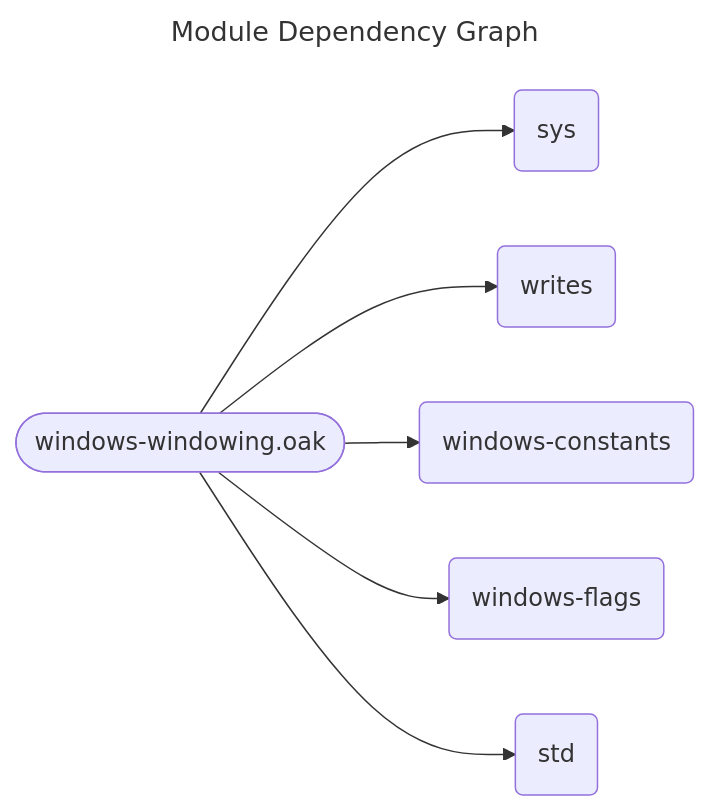
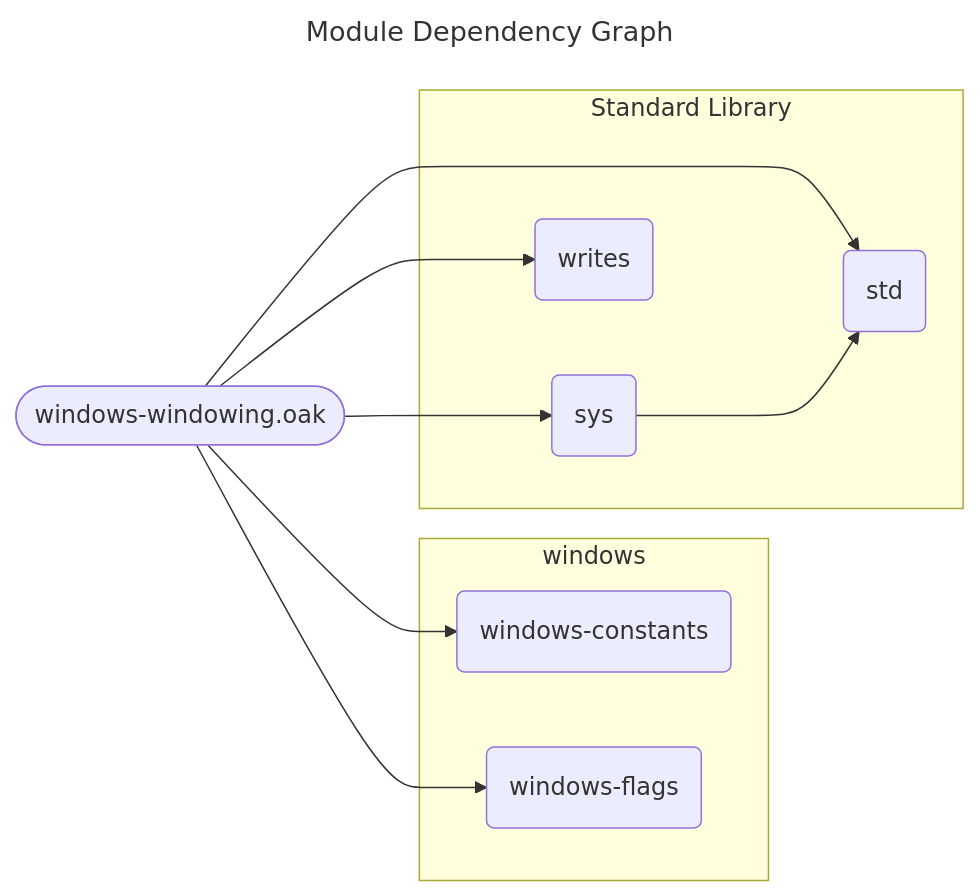
One commit to SpcFORK/magnolia changed the diagram in docs/spec/windows-windowing.mmd. Above: the diagram before and after it, drawn with Mermaid. The commit also changed 176 other files, not shown here.

First line of the commit message:
Enhance module dependency graphs and improve rendering logic

```diff
--- a/docs/spec/windows-windowing.mmd
+++ b/docs/spec/windows-windowing.mmd
@@ -1,15 +1,20 @@
 ---
 title: Module Dependency Graph
 ---
 flowchart LR
     lib_windows_windowing_oak(["windows-windowing.oak"])
-    sys("sys")
-    writes("writes")
-    windows_constants("windows-constants")
-    windows_flags("windows-flags")
-    std("std")
     lib_windows_windowing_oak --> sys
     lib_windows_windowing_oak --> writes
     lib_windows_windowing_oak --> windows_constants
     lib_windows_windowing_oak --> windows_flags
     lib_windows_windowing_oak --> std
+    sys --> std
+    subgraph stdlib_windows ["windows"]
+        windows_constants("windows-constants")
+        windows_flags("windows-flags")
+    end
+    subgraph stdlib_core ["Standard Library"]
+        writes("writes")
+        sys("sys")
+        std("std")
+    end
```
